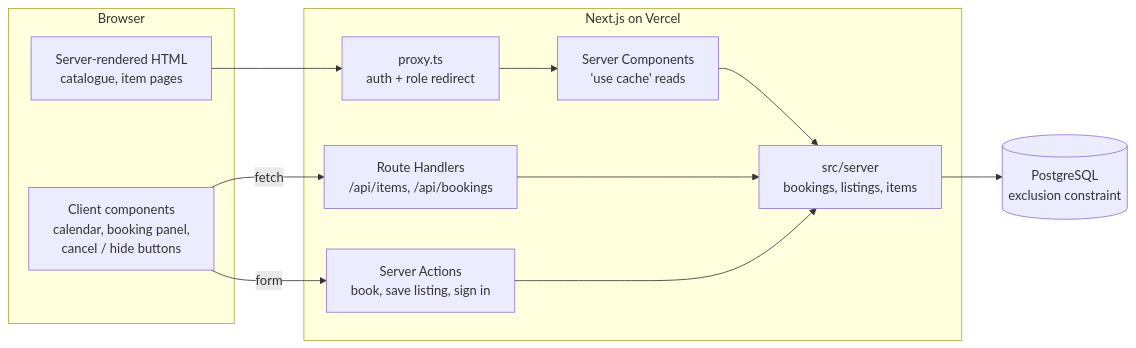
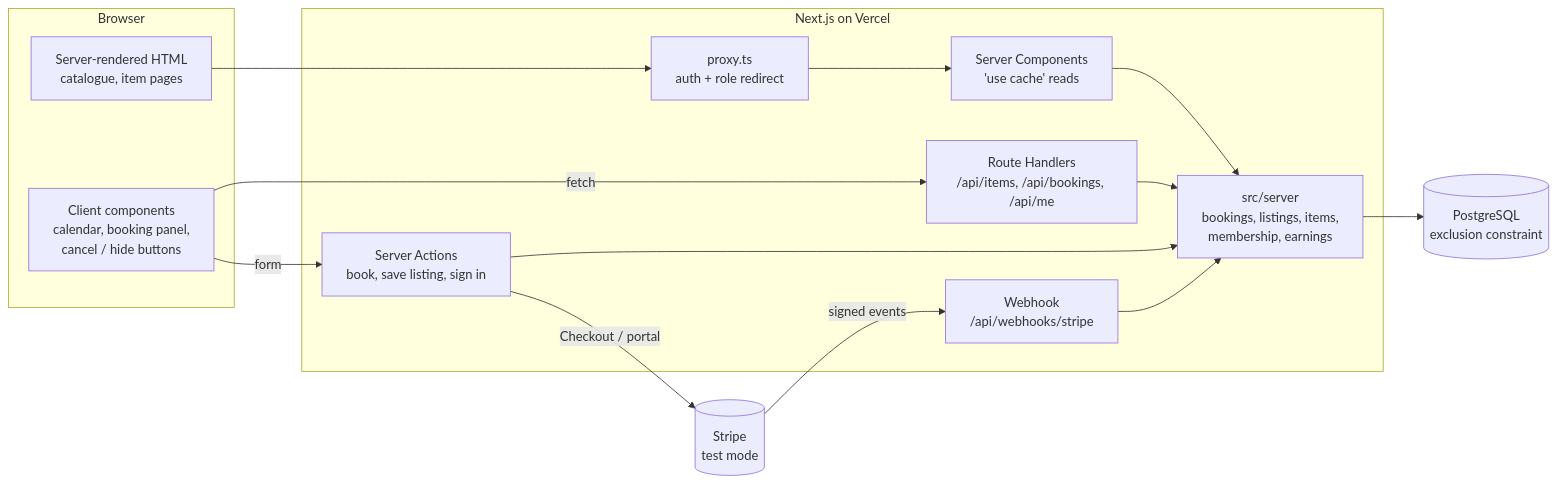
One commit to Dinojan9901/lendlot changed the diagram in README.md. Above: the diagram before and after it, drawn with Mermaid. The commit also changed other lines of this file, not shown here.

````diff
--- a/README.md
+++ b/README.md
@@ -28,20 +29,24 @@
 ```mermaid
 flowchart LR
   subgraph Browser
     RSC[Server-rendered HTML<br/>catalogue, item pages]
     CC[Client components<br/>calendar, booking panel,<br/>cancel / hide buttons]
   end
   subgraph Next.js on Vercel
     Proxy[proxy.ts<br/>auth + role redirect]
     Pages[Server Components<br/>'use cache' reads]
     Actions[Server Actions<br/>book, save listing, sign in]
-    API[Route Handlers<br/>/api/items, /api/bookings]
-    Services[src/server<br/>bookings, listings, items]
+    API[Route Handlers<br/>/api/items, /api/bookings, /api/me]
+    Webhook["Webhook<br/>/api/webhooks/stripe"]
+    Services[src/server<br/>bookings, listings, items,<br/>membership, earnings]
   end
   DB[(PostgreSQL<br/>exclusion constraint)]
+  Stripe[(Stripe<br/>test mode)]
 
   RSC --> Proxy --> Pages --> Services
   CC -- fetch --> API --> Services
   CC -- form --> Actions --> Services
+  Actions -- Checkout / portal --> Stripe
+  Stripe -- signed events --> Webhook --> Services
   Services --> DB
 ```
````
